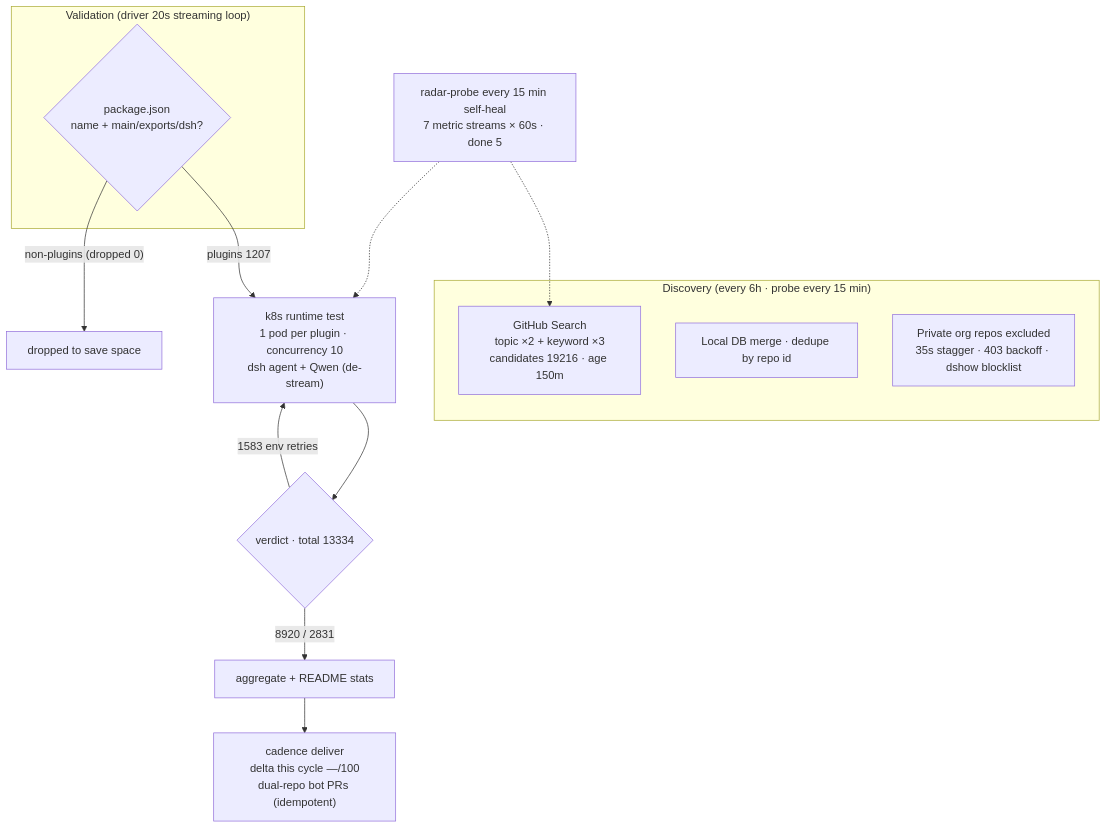
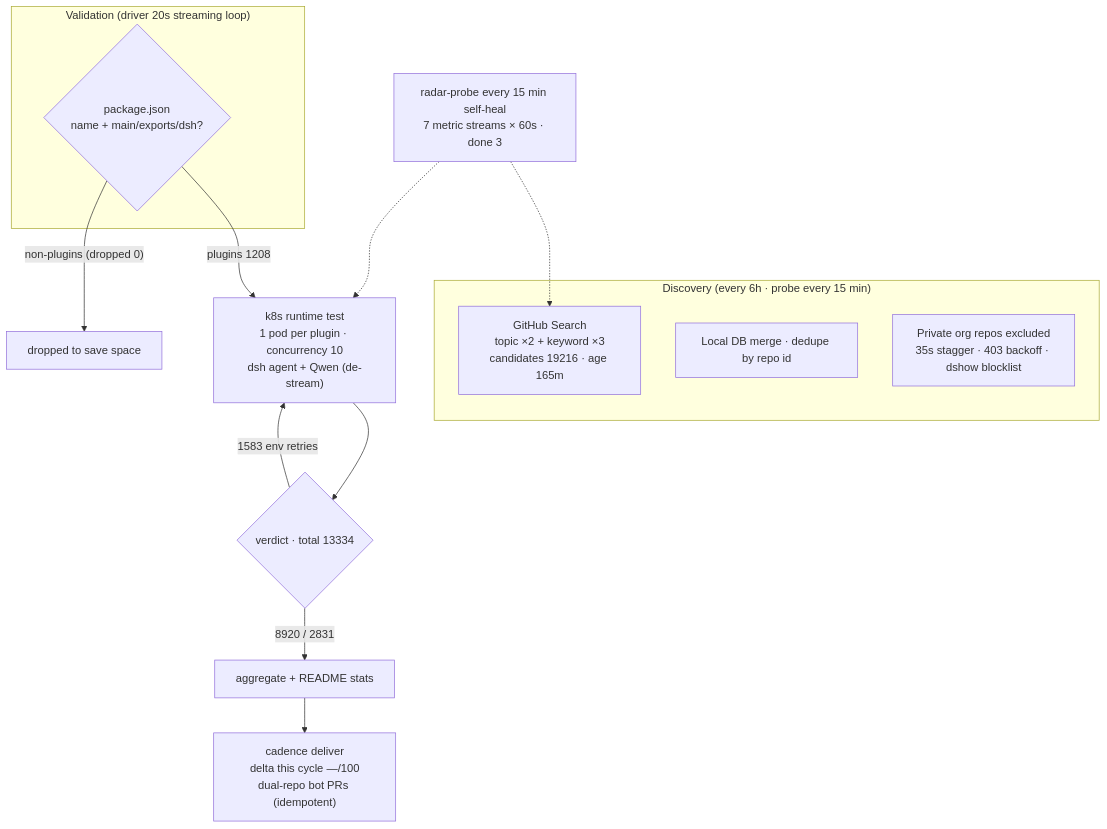
One commit to AdamPlatin123/dsh-plugin-radar changed the diagram in README.en-US.md. Above: the diagram before and after it, drawn with Mermaid. The commit also changed other lines of this file and 5 other files, not shown here.

````diff
--- a/README.en-US.md
+++ b/README.en-US.md
@@ -45,20 +45,20 @@
 ```mermaid
 flowchart TB
     subgraph Discovery["Discovery (every 6h · probe every 15 min)"]
-        A1["GitHub Search<br/>topic ×2 + keyword ×3<br/>candidates 19216 · age 150m"]
+        A1["GitHub Search<br/>topic ×2 + keyword ×3<br/>candidates 19216 · age 165m"]
         A2["Local DB merge · dedupe by repo id"]
         A3["Private org repos excluded<br/>35s stagger · 403 backoff · dshow blocklist"]
     end
     subgraph Validation["Validation (driver 20s streaming loop)"]
         B1{"package.json<br/>name + main/exports/dsh?"}
     end
-    B1 -->|"plugins 1207"| C1["k8s runtime test<br/>1 pod per plugin · concurrency 10<br/>dsh agent + Qwen (de-stream)"]
+    B1 -->|"plugins 1208"| C1["k8s runtime test<br/>1 pod per plugin · concurrency 10<br/>dsh agent + Qwen (de-stream)"]
     B1 -->|"non-plugins (dropped 0)"| B3["dropped to save space"]
     C1 --> D1{"verdict · total 13334"}
     D1 -->|"8920 / 2831"| E1["aggregate + README stats"]
     D1 -->|"1583 env retries"| C1
     E1 --> E2["cadence deliver<br/>delta this cycle —/100<br/>dual-repo bot PRs (idempotent)"]
-    M["radar-probe every 15 min self-heal<br/>7 metric streams × 60s · done 5"]
+    M["radar-probe every 15 min self-heal<br/>7 metric streams × 60s · done 3"]
     M -.-> A1
     M -.-> C1
 ```
````
